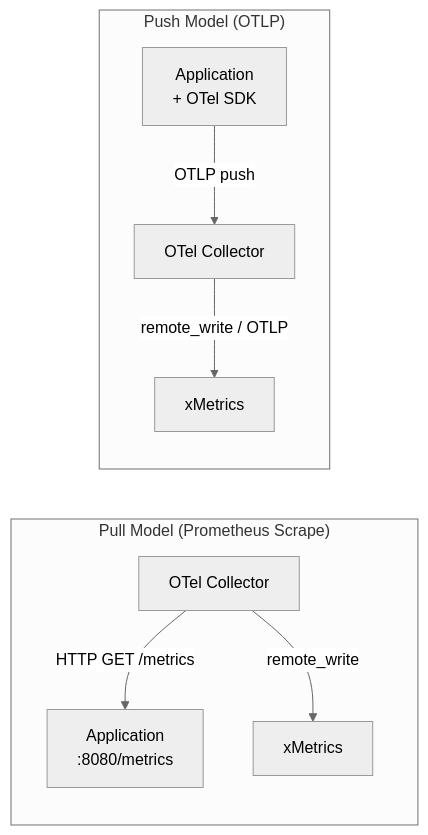
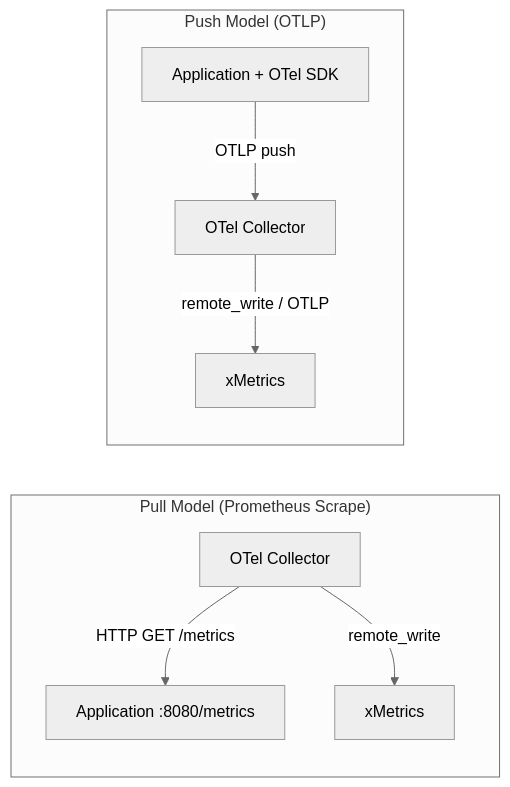
The first of 2 diagrams in docs/session-3/metrics-collection.md (xscaler/training), drawn with Mermaid (neutral theme) before and after one commit. The commit also changed other lines of this file and 38 other files, not shown here.

First line of the commit message:
Remove internal content, fix Mermaid diagrams, and rewrite labs as customer-facing exercises

````diff
--- a/docs/session-3/metrics-collection.md
+++ b/docs/session-3/metrics-collection.md
@@ -14,12 +14,12 @@
 ```mermaid
 graph LR
     subgraph "Pull Model (Prometheus Scrape)"
-        COL_PULL[OTel Collector] -->|HTTP GET /metrics| APP_PULL[Application\n:8080/metrics]
+        COL_PULL[OTel Collector] -->|HTTP GET /metrics| APP_PULL[Application :8080/metrics]
         COL_PULL -->|remote_write| MI_PULL[xMetrics]
     end
 
     subgraph "Push Model (OTLP)"
-        APP_PUSH[Application\n+ OTel SDK] -->|OTLP push| COL_PUSH[OTel Collector]
+        APP_PUSH[Application + OTel SDK] -->|OTLP push| COL_PUSH[OTel Collector]
         COL_PUSH -->|remote_write / OTLP| MI_PUSH[xMetrics]
     end
 ```
````
